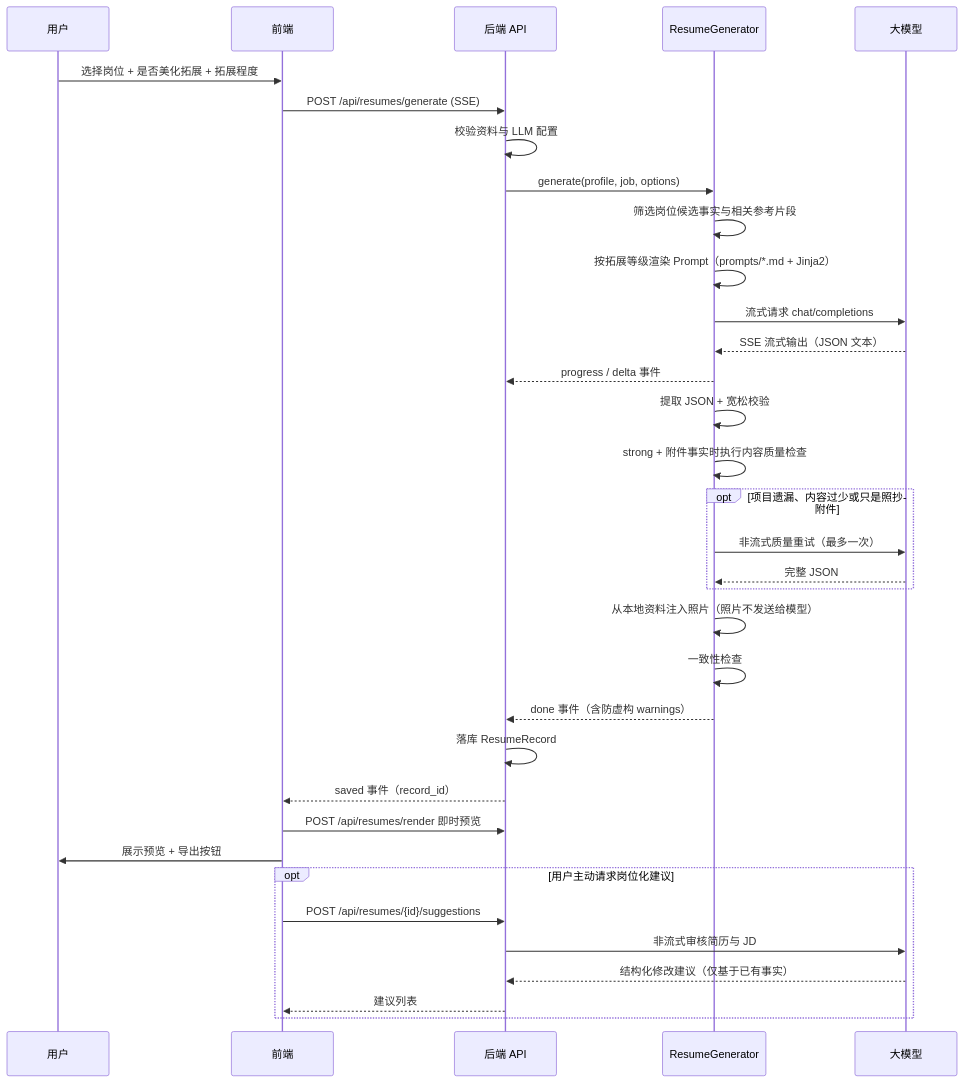
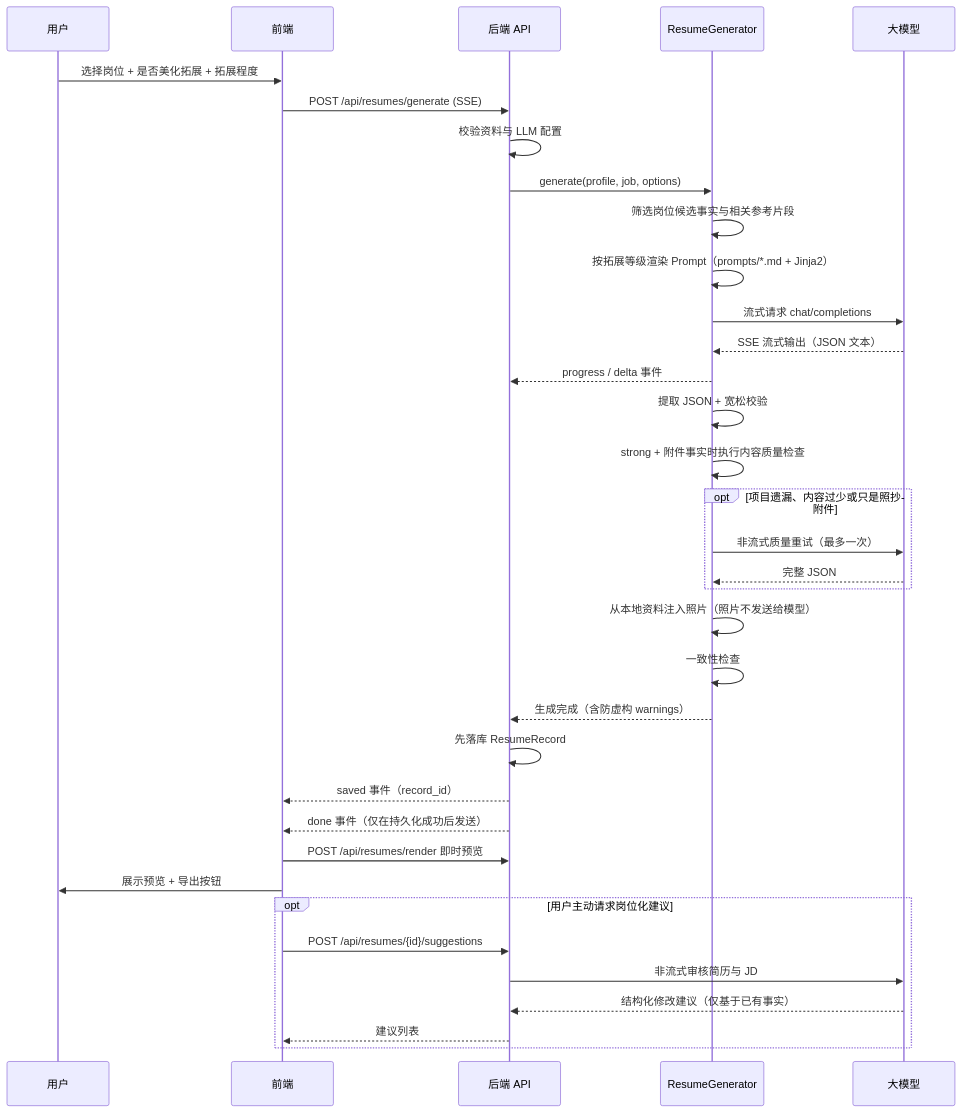
One commit to magicapple123/ResumeForge changed the second of 3 diagrams in docs/architecture.md. Above: the diagram before and after it, drawn with Mermaid. The commit also changed other lines of this file and 94 other files, not shown here.

````diff
--- a/docs/architecture.md
+++ b/docs/architecture.md
@@ -66,37 +68,38 @@
 ```mermaid
 sequenceDiagram
     participant U as 用户
     participant F as 前端
     participant B as 后端 API
     participant G as ResumeGenerator
     participant L as 大模型
 
     U->>F: 选择岗位 + 是否美化拓展 + 拓展程度
     F->>B: POST /api/resumes/generate (SSE)
     B->>B: 校验资料与 LLM 配置
     B->>G: generate(profile, job, options)
     G->>G: 筛选岗位候选事实与相关参考片段
     G->>G: 按拓展等级渲染 Prompt（prompts/*.md + Jinja2）
     G->>L: 流式请求 chat/completions
     L-->>G: SSE 流式输出（JSON 文本）
     G-->>B: progress / delta 事件
     G->>G: 提取 JSON + 宽松校验
     G->>G: strong + 附件事实时执行内容质量检查
     opt 项目遗漏、内容过少或只是照抄附件
         G->>L: 非流式质量重试（最多一次）
         L-->>G: 完整 JSON
     end
     G->>G: 从本地资料注入照片（照片不发送给模型）
     G->>G: 一致性检查
-    G-->>B: done 事件（含防虚构 warnings）
-    B->>B: 落库 ResumeRecord
+    G-->>B: 生成完成（含防虚构 warnings）
+    B->>B: 先落库 ResumeRecord
     B-->>F: saved 事件（record_id）
+    B-->>F: done 事件（仅在持久化成功后发送）
     F->>B: POST /api/resumes/render 即时预览
     F->>U: 展示预览 + 导出按钮
     opt 用户主动请求岗位化建议
         F->>B: POST /api/resumes/{id}/suggestions
         B->>L: 非流式审核简历与 JD
         L-->>B: 结构化修改建议（仅基于已有事实）
         B-->>F: 建议列表
     end
 ```
````
